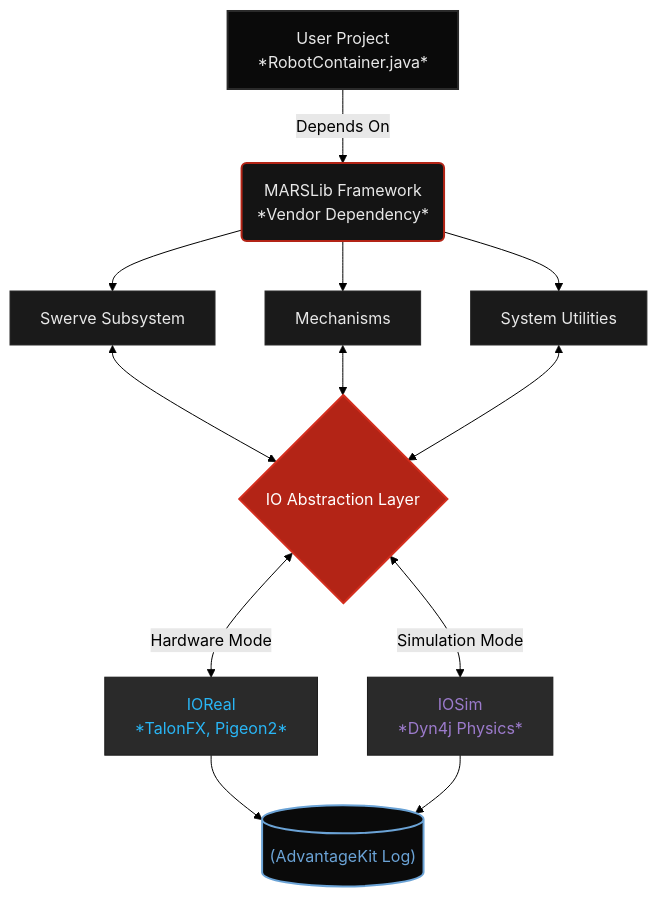
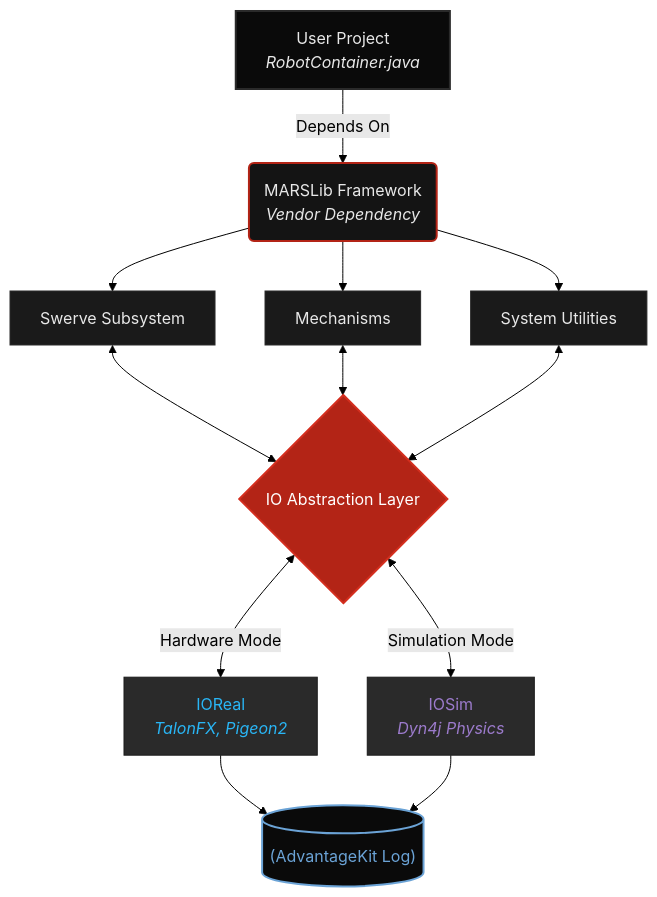
Before and after one commit to MARSProgramming/MARSLib: the diagram in website/src/content/docs/tutorials/framework/architecture.mdx, drawn with Mermaid (forest theme). The commit also changed other lines of this file, not shown here.

Commit message:
docs: fix mermaid syntax error rendering as code block

````diff
--- a/website/src/content/docs/tutorials/framework/architecture.mdx
+++ b/website/src/content/docs/tutorials/framework/architecture.mdx
@@ -12,27 +12,23 @@
 ```mermaid
 graph TD
-    Z["User Project
-*RobotContainer.java*"] -->|Depends On| A("MARSLib Framework
-*Vendor Dependency*")
+    Z["User Project<br><i>RobotContainer.java</i>"] -->|Depends On| A("MARSLib Framework<br><i>Vendor Dependency</i>")
     A --> C[Swerve Subsystem]
     A --> D[Mechanisms]
     A --> E[System Utilities]
     C <--> F{"IO Abstraction Layer"}
     D <--> F
     E <--> F
-    F <-->|Hardware Mode| G["IOReal
-*TalonFX, Pigeon2*"]
-    F <-->|Simulation Mode| H["IOSim
-*Dyn4j Physics*"]
+    F <-->|Hardware Mode| G["IOReal<br><i>TalonFX, Pigeon2</i>"]
+    F <-->|Simulation Mode| H["IOSim<br><i>Dyn4j Physics</i>"]
     G --> I[("(AdvantageKit Log)")]
     H --> I
     style Z fill:#0a0a0a,stroke:#2a2a2a,stroke-width:2px,color:#e8e8e8
     style A fill:#141414,stroke:#B32416,stroke-width:2px,color:#e8e8e8
     style C fill:#1a1a1a,stroke:#2a2a2a,stroke-width:1px,color:#e8e8e8
     style D fill:#1a1a1a,stroke:#2a2a2a,stroke-width:1px,color:#e8e8e8
     style E fill:#1a1a1a,stroke:#2a2a2a,stroke-width:1px,color:#e8e8e8
     style F fill:#B32416,stroke:#d42e1e,stroke-width:2px,color:#fff
     style G fill:#2a2a2a,stroke:#1a1a1a,stroke-width:1px,color:#29b6f6
     style H fill:#2a2a2a,stroke:#1a1a1a,stroke-width:1px,color:#9c7bcc
     style I fill:#0a0a0a,stroke:#6ba3d6,stroke-width:2px,color:#6ba3d6
 ```
````
